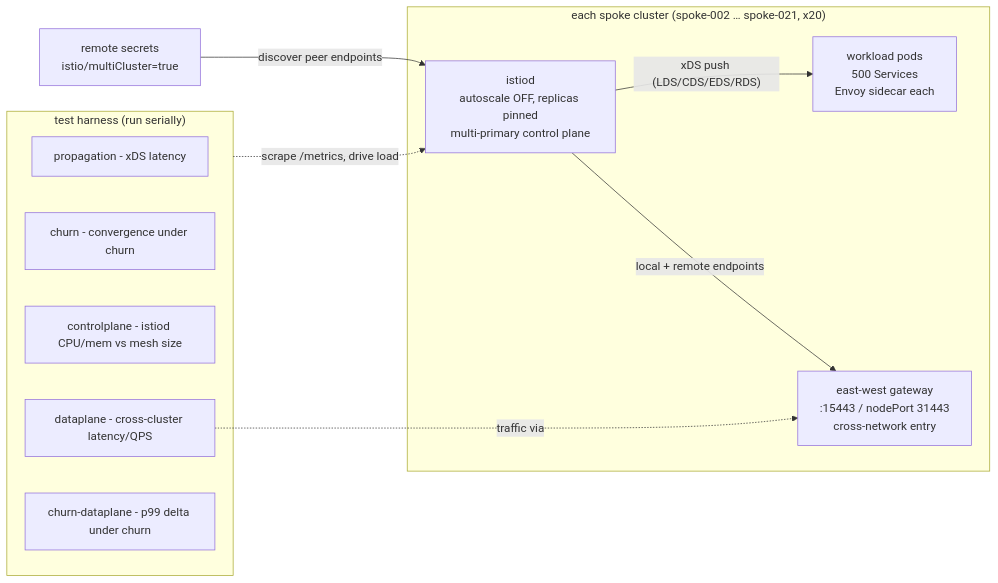
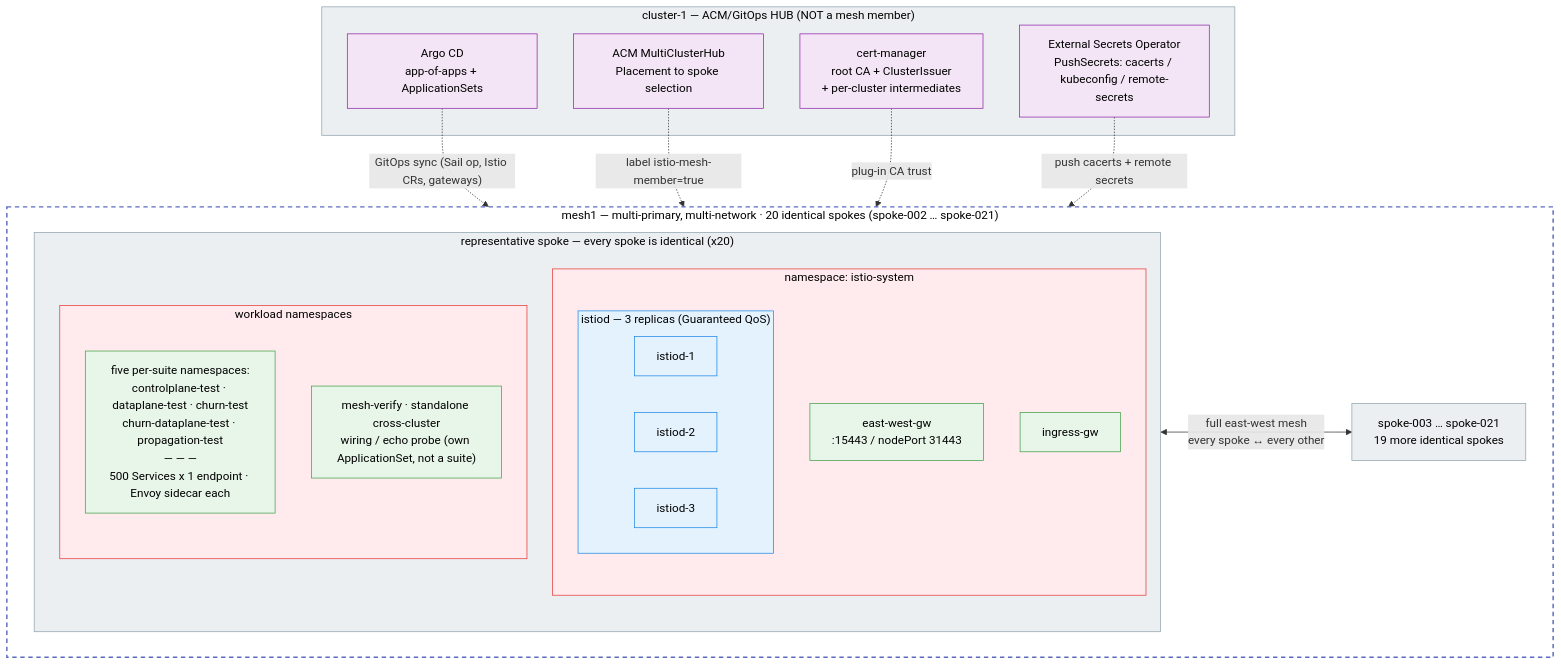
Before and after one commit to shpwrck/istio-scale-tests: the second of 2 diagrams in docs/scale-test-campaign/architecture.md, drawn with Mermaid. The commit also changed other lines of this file and 5 other files, not shown here.

First line of the commit message:
docs(campaign): embed per-suite + topology diagrams in READMEs

````diff
--- a/docs/scale-test-campaign/architecture.md
+++ b/docs/scale-test-campaign/architecture.md
@@ -80,22 +75,51 @@
 ```mermaid
-graph LR
-    subgraph SPOKE["each spoke cluster (spoke-002 … spoke-021, x20)"]
-        ISTIOD["istiod<br/>autoscale OFF, replicas pinned<br/>multi-primary control plane"]
-        SIDE["workload pods<br/>500 Services<br/>Envoy sidecar each"]
-        EWG["east-west gateway<br/>:15443 / nodePort 31443<br/>cross-network entry"]
-        ISTIOD -->|"xDS push (LDS/CDS/EDS/RDS)"| SIDE
-        ISTIOD -->|"local + remote endpoints"| EWG
+graph TB
+    subgraph HUB["cluster-1 — ACM/GitOps HUB (NOT a mesh member)"]
+        ARGO["Argo CD<br/>app-of-apps + ApplicationSets"]
+        ACM["ACM MultiClusterHub<br/>Placement to spoke selection"]
+        CA["cert-manager<br/>root CA + ClusterIssuer<br/>+ per-cluster intermediates"]
+        ESO["External Secrets Operator<br/>PushSecrets: cacerts / kubeconfig / remote-secrets"]
     end
 
-    subgraph PROBES["test harness (run serially)"]
-        P1["propagation - xDS latency"]
-        P2["churn - convergence under churn"]
-        P3["controlplane - istiod CPU/mem vs mesh size"]
-        P4["dataplane - cross-cluster latency/QPS"]
-        P5["churn-dataplane - p99 delta under churn"]
+    subgraph MESH["mesh1 — multi-primary, multi-network · 20 identical spokes (spoke-002 … spoke-021)"]
+        direction LR
+        subgraph SREP["representative spoke — every spoke is identical (x20)"]
+            direction TB
+            subgraph NSIS["namespace: istio-system"]
+                subgraph PILOT["istiod — 3 replicas (Guaranteed QoS)"]
+                    D1["istiod-1"]
+                    D2["istiod-2"]
+                    D3["istiod-3"]
+                end
+                EW["east-west-gw<br/>:15443 / nodePort 31443"]
+                IN["ingress-gw"]
+            end
+            subgraph NSWL["workload namespaces"]
+                W["five per-suite namespaces:<br/>controlplane-test · dataplane-test · churn-test<br/>churn-dataplane-test · propagation-test<br/>— — —<br/>500 Services x 1 endpoint · Envoy sidecar each"]
+                MV["mesh-verify · standalone cross-cluster<br/>wiring / echo probe (own ApplicationSet, not a suite)"]
+            end
+        end
+        OTHERS["spoke-003 … spoke-021<br/>19 more identical spokes"]
     end
 
-    REMOTE["remote secrets<br/>istio/multiCluster=true"] -->|"discover peer endpoints"| ISTIOD
-    PROBES -.->|"scrape /metrics, drive load"| ISTIOD
-    P4 -.->|"traffic via"| EWG
+    ARGO -.->|"GitOps sync (Sail op, Istio CRs, gateways)"| MESH
+    ACM -.->|"label istio-mesh-member=true"| MESH
+    CA -.->|"plug-in CA trust"| MESH
+    ESO -.->|"push cacerts + remote secrets"| MESH
+
+    EW <-->|"full east-west mesh<br/>every spoke ↔ every other"| OTHERS
+
+    classDef mesh fill:#ffffff,stroke:#5c6bc0,stroke-width:2px,stroke-dasharray:6 5,color:#000;
+    classDef cluster fill:#eceff1,stroke:#90a4ae,color:#000;
+    classDef namespace fill:#ffebee,stroke:#e53935,color:#000;
+    classDef controlplane fill:#e3f2fd,stroke:#1e88e5,color:#000;
+    classDef dataplane fill:#e8f5e9,stroke:#43a047,color:#000;
+    classDef harness fill:#f3e5f5,stroke:#8e24aa,color:#000;
+    classDef output fill:#fff8e1,stroke:#f9a825,color:#000;
+    class MESH mesh;
+    class HUB,SREP,OTHERS cluster;
+    class ARGO,ACM,CA,ESO harness;
+    class NSIS,NSWL namespace;
+    class PILOT,D1,D2,D3 controlplane;
+    class EW,IN,W,MV dataplane;
 ```
````
